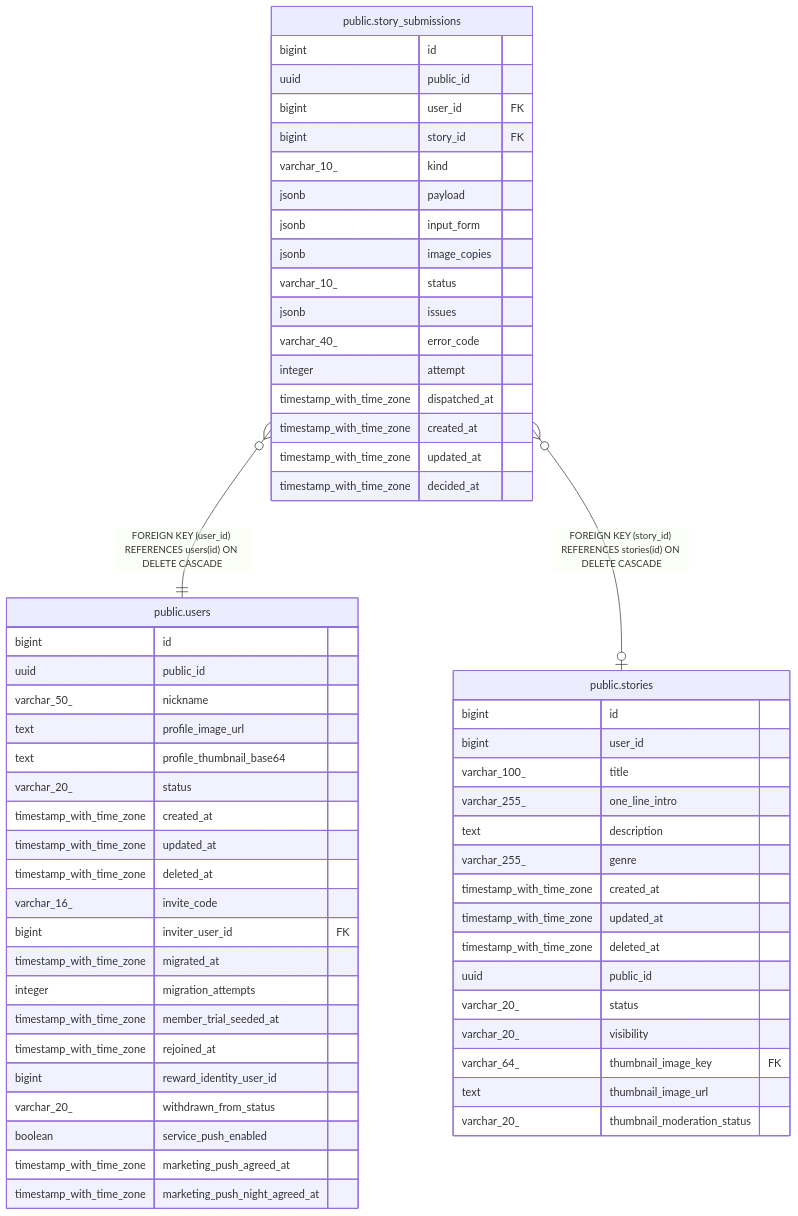
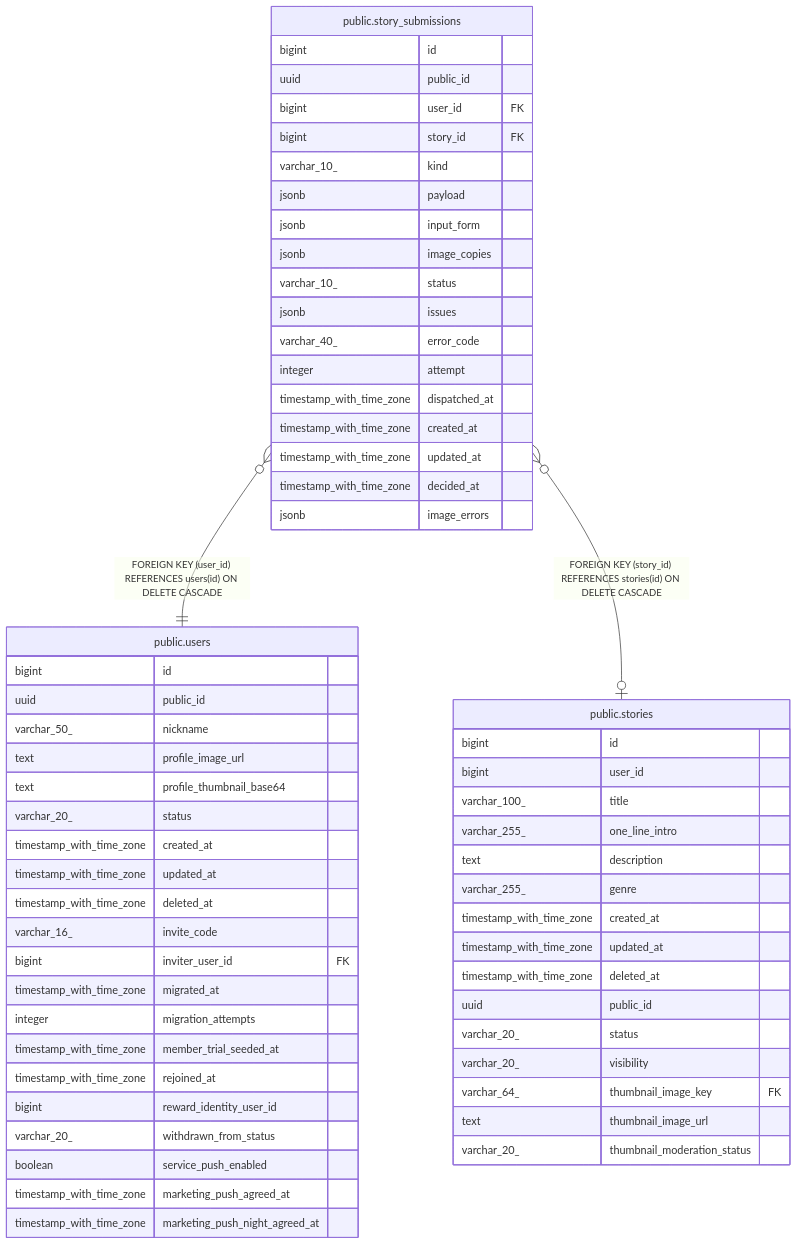
Before and after one commit to KIM-N-KANG/manyak-server: the diagram in dbdoc/public.story_submissions.md, drawn with Mermaid. The commit also changed other lines of this file and 17 other files, not shown here.

````diff
--- a/dbdoc/public.story_submissions.md
+++ b/dbdoc/public.story_submissions.md
@@ -59,64 +61,65 @@
 ```mermaid
 erDiagram
 
 "public.story_submissions" }o--|| "public.users" : "FOREIGN KEY (user_id) REFERENCES users(id) ON DELETE CASCADE"
 "public.story_submissions" }o--o| "public.stories" : "FOREIGN KEY (story_id) REFERENCES stories(id) ON DELETE CASCADE"
 
 "public.story_submissions" {
   bigint id
   uuid public_id
   bigint user_id FK
   bigint story_id FK
   varchar_10_ kind
   jsonb payload
   jsonb input_form
   jsonb image_copies
   varchar_10_ status
   jsonb issues
   varchar_40_ error_code
   integer attempt
   timestamp_with_time_zone dispatched_at
   timestamp_with_time_zone created_at
   timestamp_with_time_zone updated_at
   timestamp_with_time_zone decided_at
+  jsonb image_errors
 }
 "public.users" {
   bigint id
   uuid public_id
   varchar_50_ nickname
   text profile_image_url
   text profile_thumbnail_base64
   varchar_20_ status
   timestamp_with_time_zone created_at
   timestamp_with_time_zone updated_at
   timestamp_with_time_zone deleted_at
   varchar_16_ invite_code
   bigint inviter_user_id FK
   timestamp_with_time_zone migrated_at
   integer migration_attempts
   timestamp_with_time_zone member_trial_seeded_at
   timestamp_with_time_zone rejoined_at
   bigint reward_identity_user_id
   varchar_20_ withdrawn_from_status
   boolean service_push_enabled
   timestamp_with_time_zone marketing_push_agreed_at
   timestamp_with_time_zone marketing_push_night_agreed_at
 }
 "public.stories" {
   bigint id
   bigint user_id
   varchar_100_ title
   varchar_255_ one_line_intro
   text description
   varchar_255_ genre
   timestamp_with_time_zone created_at
   timestamp_with_time_zone updated_at
   timestamp_with_time_zone deleted_at
   uuid public_id
   varchar_20_ status
   varchar_20_ visibility
   varchar_64_ thumbnail_image_key FK
   text thumbnail_image_url
   varchar_20_ thumbnail_moderation_status
 }
 ```
````
